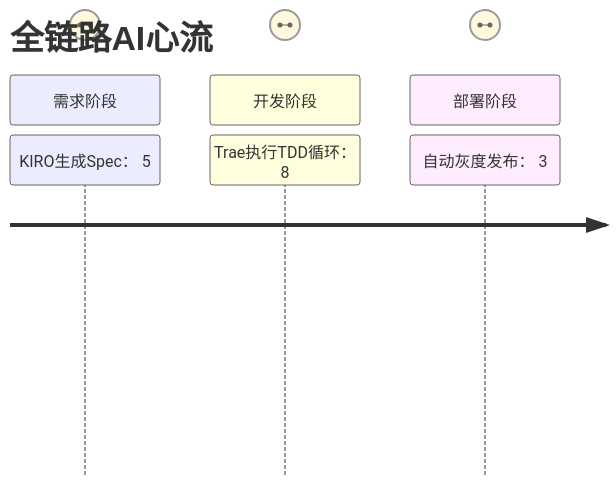
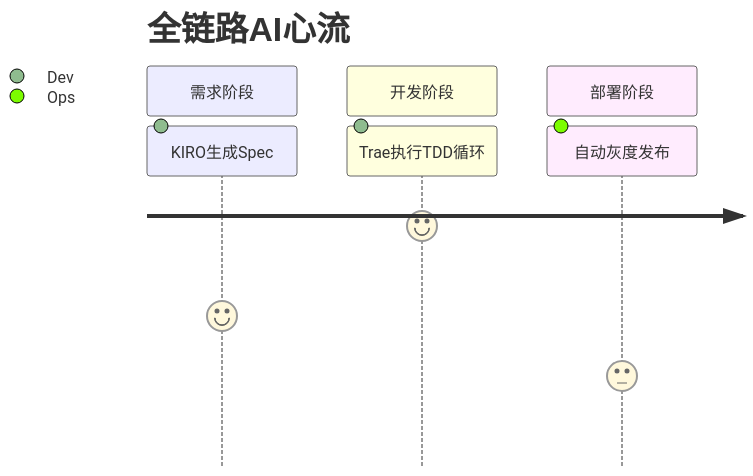
One commit to ethan-jiang-1/ai_study_tdd changed the sixth of 19 diagrams in _raw_dr/raw_dr_tdd_deepseek.md. Above: the diagram before and after it, drawn with Mermaid. The commit also changed other lines of this file and 1 other file, not shown here.

````diff
--- a/_raw_dr/raw_dr_tdd_deepseek.md
+++ b/_raw_dr/raw_dr_tdd_deepseek.md
@@ -288,10 +280,10 @@
   ```mermaid
   journey
       title 全链路AI心流
       section 需求阶段
-        KIRO生成Spec： 5: Dev
+        KIRO生成Spec: 5: Dev
       section 开发阶段
-        Trae执行TDD循环： 8: Dev
+        Trae执行TDD循环: 8: Dev
       section 部署阶段
-        自动灰度发布： 3: Ops
+        自动灰度发布: 3: Ops
   ```
````
